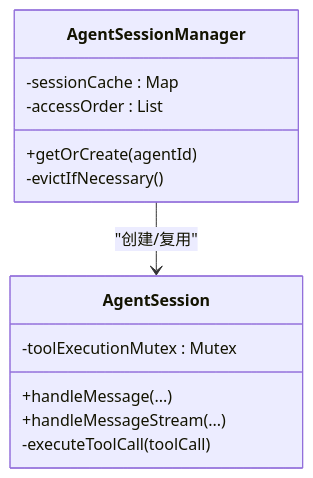
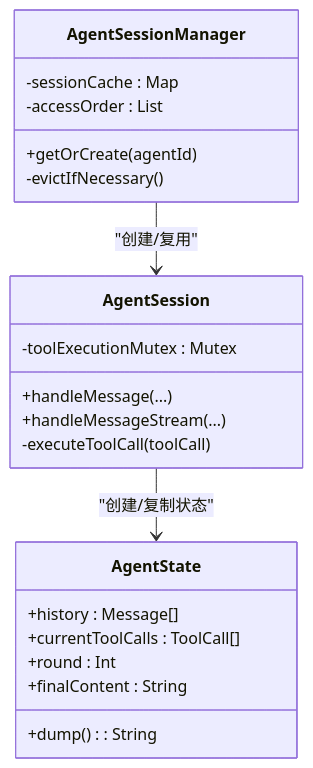
The ninth of 10 diagrams in .qoder/repowiki/zh/content/核心模块/AI对话系统/AgentSession核心实现.md (guuyn/OpenClaw-Android), drawn with Mermaid before and after one commit. The commit also changed other lines of this file and 4 other files, not shown here.

````diff
--- a/.qoder/repowiki/zh/content/核心模块/AI对话系统/AgentSession核心实现.md
+++ b/.qoder/repowiki/zh/content/核心模块/AI对话系统/AgentSession核心实现.md
@@ -290,16 +363,24 @@
 ```mermaid
 classDiagram
 class AgentSession {
 -toolExecutionMutex : Mutex
 +handleMessage(...)
 +handleMessageStream(...)
 -executeToolCall(toolCall)
 }
+class AgentState {
++history : Message[]
++currentToolCalls : ToolCall[]
++round : Int
++finalContent : String
++dump() : String
+}
 class AgentSessionManager {
 -sessionCache : Map
 -accessOrder : List
 +getOrCreate(agentId)
 -evictIfNecessary()
 }
+AgentSession --> AgentState : "创建/复制状态"
 AgentSessionManager --> AgentSession : "创建/复用"
 ```
````
